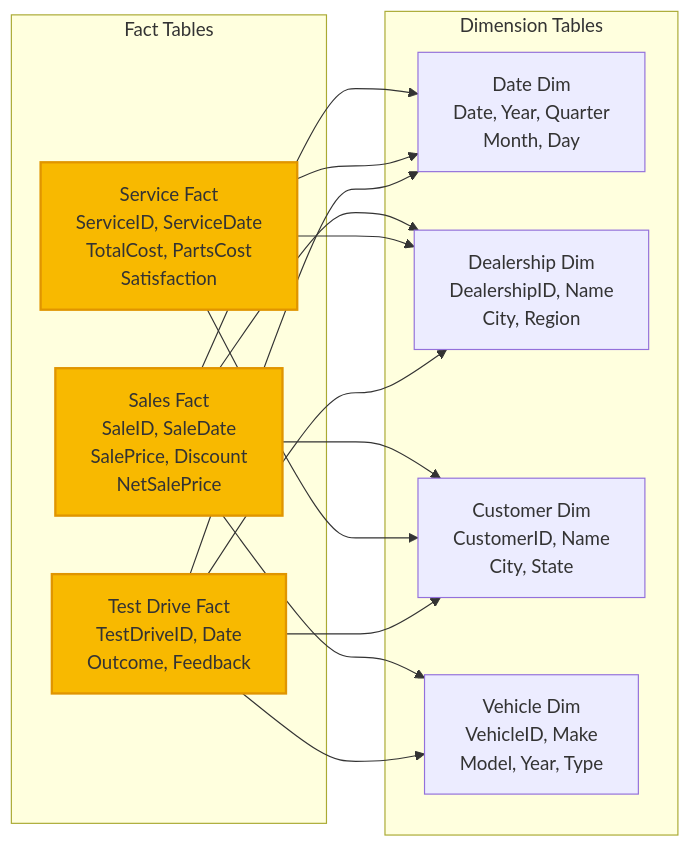
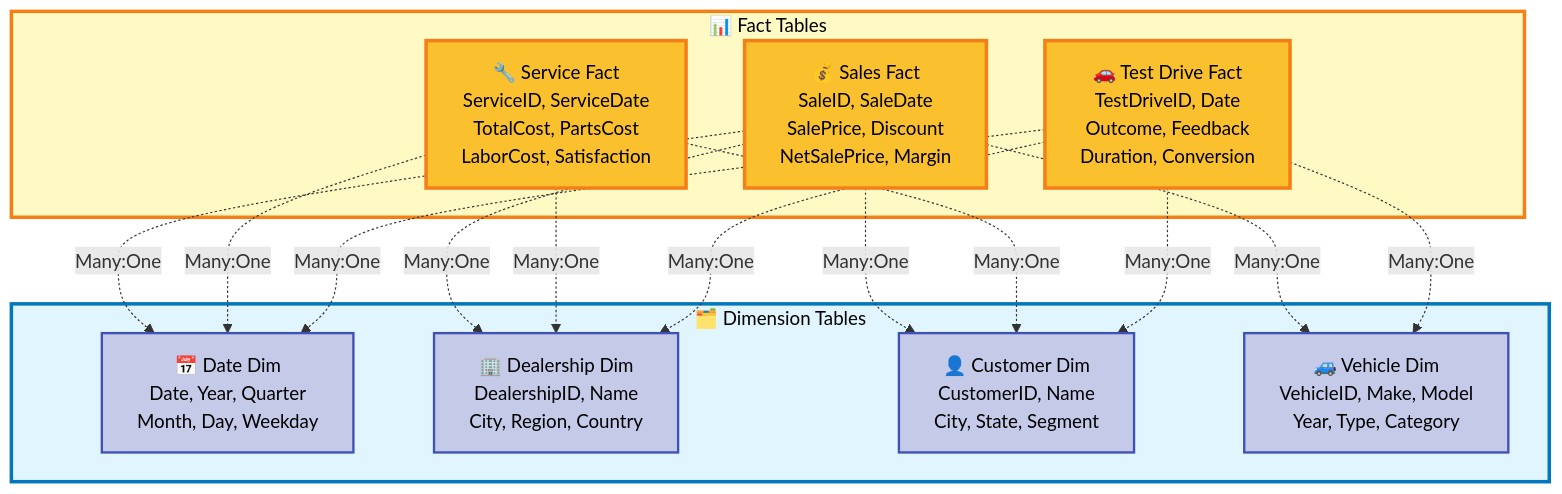
One commit to shantha05/2026-SQL-Saturday-Atlanta-AI-BI-PreCon changed the second of 6 diagrams in 02-Architecture/Lab-03-Architecture.md. Above: the diagram before and after it, drawn with Mermaid. The commit also changed other lines of this file and 2 other files, not shown here.

Commit message:
Updated Architecture Diagrams

````diff
--- a/02-Architecture/Lab-03-Architecture.md
+++ b/02-Architecture/Lab-03-Architecture.md
@@ -66,33 +93,41 @@
 ```mermaid
-graph LR
-    subgraph "Dimension Tables"
-        DATE[Date Dim<br/>Date, Year, Quarter<br/>Month, Day]
-        DEALER[Dealership Dim<br/>DealershipID, Name<br/>City, Region]
-        CUST[Customer Dim<br/>CustomerID, Name<br/>City, State]
-        VEH[Vehicle Dim<br/>VehicleID, Make<br/>Model, Year, Type]
+graph TB
+    subgraph DIMS["🗂️ Dimension Tables"]
+        DATE["📅 Date Dim<br/>Date, Year, Quarter<br/>Month, Day, Weekday"]
+        DEALER["🏢 Dealership Dim<br/>DealershipID, Name<br/>City, Region, Country"]
+        CUST["👤 Customer Dim<br/>CustomerID, Name<br/>City, State, Segment"]
+        VEH["🚙 Vehicle Dim<br/>VehicleID, Make, Model<br/>Year, Type, Category"]
     end
 
-    subgraph "Fact Tables"
-        SALES[Sales Fact<br/>SaleID, SaleDate<br/>SalePrice, Discount<br/>NetSalePrice]
-        SERVICE[Service Fact<br/>ServiceID, ServiceDate<br/>TotalCost, PartsCost<br/>Satisfaction]
-        TEST[Test Drive Fact<br/>TestDriveID, Date<br/>Outcome, Feedback]
+    subgraph FACTS["📊 Fact Tables"]
+        SALES["💰 Sales Fact<br/>SaleID, SaleDate<br/>SalePrice, Discount<br/>NetSalePrice, Margin"]
+        SERVICE["🔧 Service Fact<br/>ServiceID, ServiceDate<br/>TotalCost, PartsCost<br/>LaborCost, Satisfaction"]
+        TEST["🚗 Test Drive Fact<br/>TestDriveID, Date<br/>Outcome, Feedback<br/>Duration, Conversion"]
     end
 
-    SALES --> DATE
-    SALES --> DEALER
-    SALES --> CUST
-    SALES --> VEH
+    SALES -.->|Many:One| DATE
+    SALES -.->|Many:One| DEALER
+    SALES -.->|Many:One| CUST
+    SALES -.->|Many:One| VEH
     
-    SERVICE --> DATE
-    SERVICE --> DEALER
-    SERVICE --> CUST
+    SERVICE -.->|Many:One| DATE
+    SERVICE -.->|Many:One| DEALER
+    SERVICE -.->|Many:One| CUST
     
-    TEST --> DATE
-    TEST --> DEALER
-    TEST --> CUST
-    TEST --> VEH
+    TEST -.->|Many:One| DATE
+    TEST -.->|Many:One| DEALER
+    TEST -.->|Many:One| CUST
+    TEST -.->|Many:One| VEH
 
-    style SALES fill:#f8b900,stroke:#e09500,stroke-width:2px
-    style SERVICE fill:#f8b900,stroke:#e09500,stroke-width:2px
-    style TEST fill:#f8b900,stroke:#e09500,stroke-width:2px
+    style DIMS fill:#E1F5FE,stroke:#0277BD,stroke-width:3px,color:#000
+    style FACTS fill:#FFF9C4,stroke:#F57F17,stroke-width:3px,color:#000
+    
+    style DATE fill:#C5CAE9,stroke:#3F51B5,stroke-width:2px,color:#000
+    style DEALER fill:#C5CAE9,stroke:#3F51B5,stroke-width:2px,color:#000
+    style CUST fill:#C5CAE9,stroke:#3F51B5,stroke-width:2px,color:#000
+    style VEH fill:#C5CAE9,stroke:#3F51B5,stroke-width:2px,color:#000
+    
+    style SALES fill:#FBC02D,stroke:#F57F17,stroke-width:3px,color:#000
+    style SERVICE fill:#FBC02D,stroke:#F57F17,stroke-width:3px,color:#000
+    style TEST fill:#FBC02D,stroke:#F57F17,stroke-width:3px,color:#000
 ```
````
